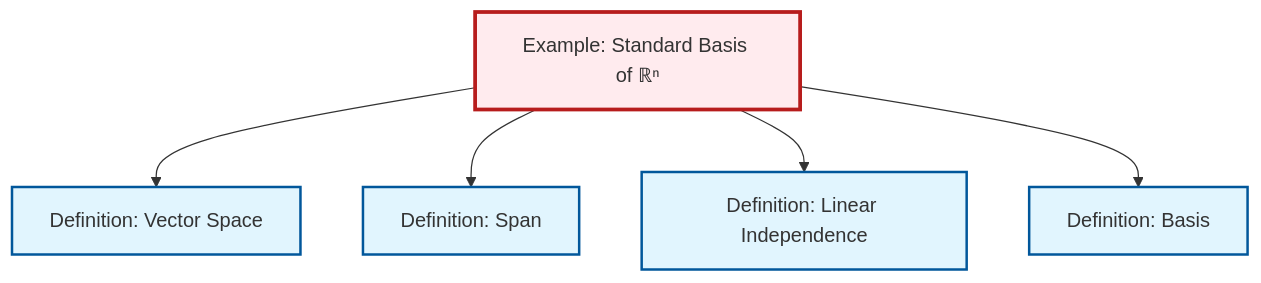
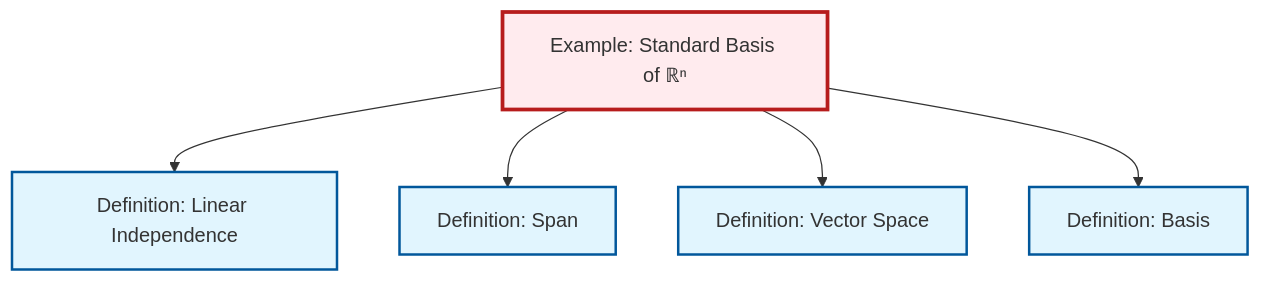
The diagram in content/en/algebra/ex-standard-basis-rn.qmd (RK0429/ModernMath), drawn with Mermaid before and after one commit. The commit also changed other lines of this file and 1069 other files, not shown here.

````diff
--- a/content/en/algebra/ex-standard-basis-rn.qmd
+++ b/content/en/algebra/ex-standard-basis-rn.qmd
@@ -62,23 +62,23 @@
 ```{mermaid}
 %%| fig-cap: "Local dependency graph"
 graph TD
     classDef definition fill:#e1f5fe,stroke:#01579b,stroke-width:2px
     classDef theorem fill:#f3e5f5,stroke:#4a148c,stroke-width:2px
     classDef axiom fill:#fff3e0,stroke:#e65100,stroke-width:2px
     classDef example fill:#e8f5e9,stroke:#1b5e20,stroke-width:2px
     classDef current fill:#ffebee,stroke:#b71c1c,stroke-width:3px
+    def-vector-space["Definition: Vector Space"]:::definition
+    def-basis["Definition: Basis"]:::definition
+    def-span["Definition: Span"]:::definition
     ex-standard-basis-rn["Example: Standard Basis of ℝⁿ"]:::example
-    def-span["Definition: Span"]:::definition
-    def-basis["Definition: Basis"]:::definition
     def-linear-independence["Definition: Linear Independence"]:::definition
-    def-vector-space["Definition: Vector Space"]:::definition
+    ex-standard-basis-rn --> def-linear-independence
+    ex-standard-basis-rn --> def-span
     ex-standard-basis-rn --> def-vector-space
-    ex-standard-basis-rn --> def-span
-    ex-standard-basis-rn --> def-linear-independence
     ex-standard-basis-rn --> def-basis
     class ex-standard-basis-rn current
+    click def-vector-space "def-vector-space.html" "Go to Vector Space definition"
+    click def-basis "def-basis.html" "Go to Basis definition"
     click def-span "def-span.html" "Go to Span definition"
-    click def-basis "def-basis.html" "Go to Basis definition"
     click def-linear-independence "def-linear-independence.html" "Go to Linear Independence definition"
-    click def-vector-space "def-vector-space.html" "Go to Vector Space definition"
 ```
````
